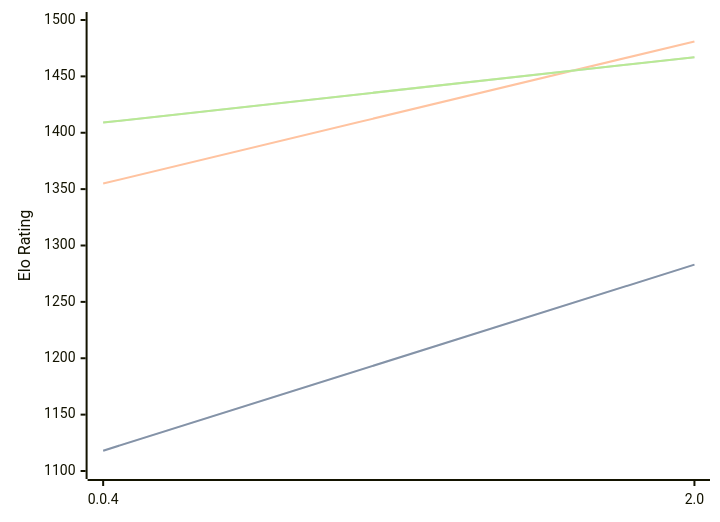
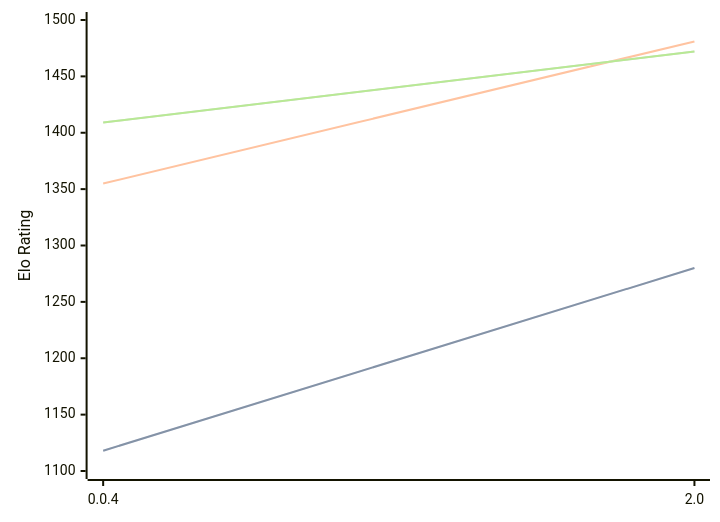
Before and after one commit to computer-chess-index/cci: the diagram in engines/Oops!Mate.md, drawn with Mermaid. The commit also changed other lines of this file, not shown here.

Commit message:
Update CCI Ratings (ELO VLTC) - 2026-04-03

````diff
--- a/engines/Oops!Mate.md
+++ b/engines/Oops!Mate.md
@@ -51,11 +51,11 @@
 ```mermaid
 %%{init: {"theme":"base","themeVariables":{"seriesColors:['#a3a3a3','#222221','#faa371']}}}%%
 xychart-beta
   x-axis ["0.0.4", "2.0"]
   y-axis "Elo Rating" 1100 --> 1500
-  line "STC (8.0+0.08s)" [1118, 1283]
-  line "STC (8.0+0.08s)" [1118, 1283]
+  line "STC (8.0+0.08s)" [1118, 1280]
+  line "STC (8.0+0.08s)" [1118, 1280]
   line "LTC (60.0+0.60s)" [1355, 1481]
-  line "VLTC (2m24s+1.12s)" [1409, 1467]
-  line "VLTC (2m24s+1.12s)" [1409, 1467]
+  line "VLTC (2m24s+1.12s)" [1409, 1472]
+  line "VLTC (2m24s+1.12s)" [1409, 1472]
 ```
````
